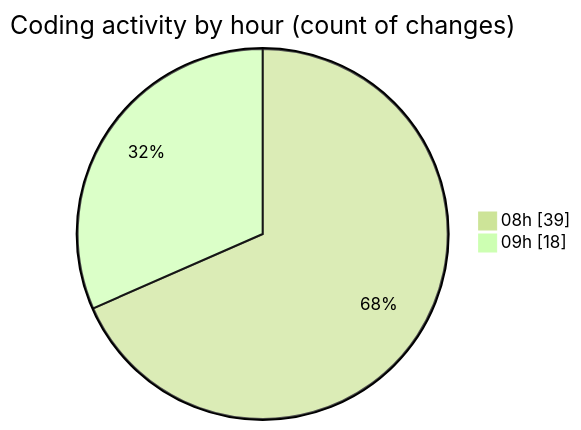
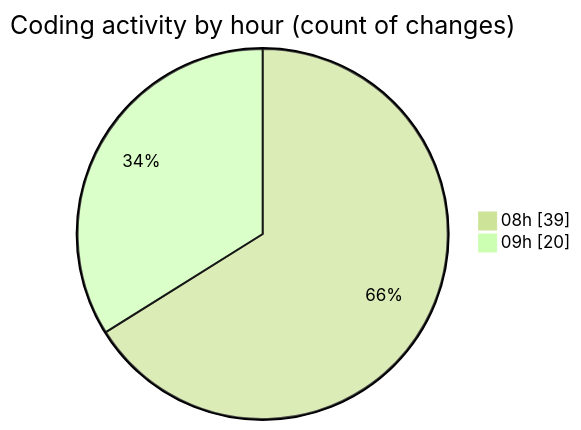
One commit to CELIANVF/code-tracking changed the second of 2 diagrams in 2025-05-16/ecodeli-1/README.md. Above: the diagram before and after it, drawn with Mermaid (forest theme). The commit also changed other lines of this file and 1 other file, not shown here.

````diff
--- a/2025-05-16/ecodeli-1/README.md
+++ b/2025-05-16/ecodeli-1/README.md
@@ -52,6 +52,6 @@
 ```mermaid
 pie showData
 title Coding activity by hour (count of changes)
 "08h" : 39
-"09h" : 18
+"09h" : 20
 ```
````
